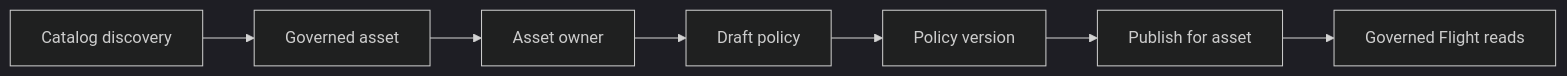
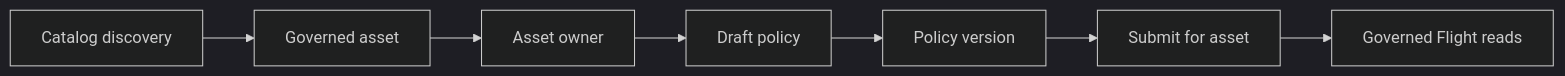
One commit to snithish/dal-obscura changed the second of 2 diagrams in docs/README.md. Above: the diagram before and after it, drawn with Mermaid (dark theme). The commit also changed other lines of this file and 10 other files, not shown here.

````diff
--- a/docs/README.md
+++ b/docs/README.md
@@ -62,9 +88,9 @@
 ```mermaid
 flowchart LR
     catalog["Catalog discovery"] --> asset["Governed asset"]
     asset --> owner["Asset owner"]
     owner --> policy["Draft policy"]
     policy --> version["Policy version"]
-    version --> publish["Publish for asset"]
+    version --> publish["Submit for asset"]
     publish --> read["Governed Flight reads"]
 ```
````
